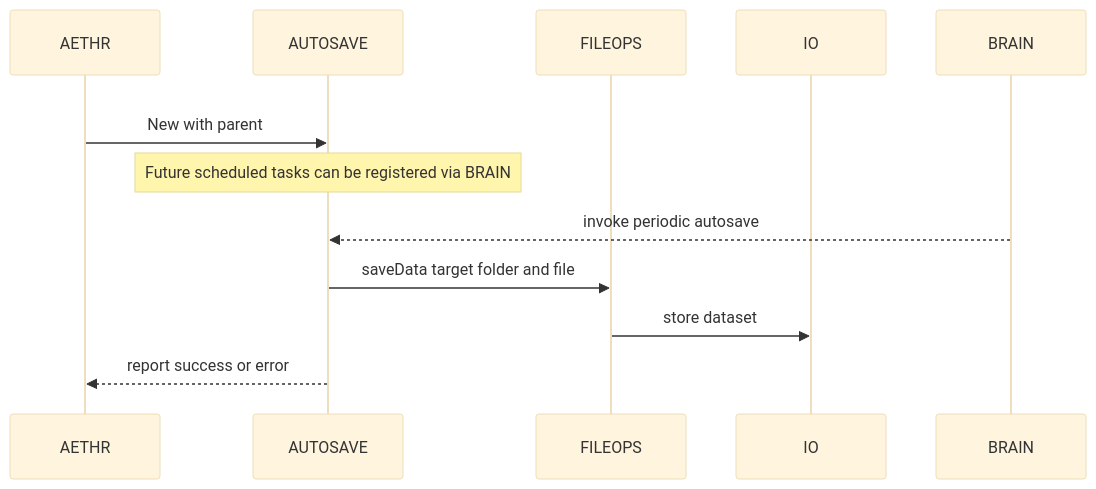
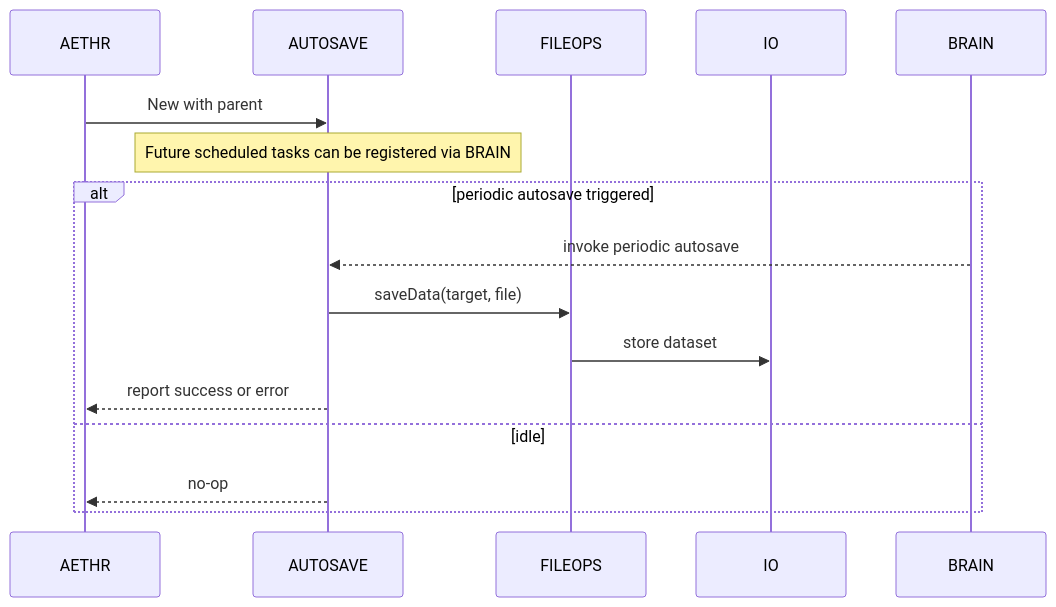
The second of 3 diagrams in docs/autosave/README.md (Gh0st352/AETHR), drawn with Mermaid before and after one commit. The commit also changed other lines of this file, not shown here.

Commit message:
docs(autosave, mermaid): normalize headings, adopt shared Mermaid theme, restructure diagrams and standardize classes

````diff
--- a/docs/autosave/README.md
+++ b/docs/autosave/README.md
@@ -51,17 +53,19 @@
 ```mermaid
-%%{init: {"theme":"base"}}%%
+%% shared theme: docs/_mermaid/theme.json %%
 sequenceDiagram
-  rect rgba(255,255,255,0.75)
-    participant A as AETHR
-    participant AU as AUTOSAVE
-    participant F as FILEOPS
-    participant IO as IO
-    participant BR as BRAIN
-    A->>AU: New with parent
-    note over AU: Future scheduled tasks can be registered via BRAIN
+  participant A as AETHR
+  participant AU as AUTOSAVE
+  participant F as FILEOPS
+  participant IO as IO
+  participant BR as BRAIN
+  A->>AU: New with parent
+  note over AU: Future scheduled tasks can be registered via BRAIN
+  alt periodic autosave triggered
     BR-->>AU: invoke periodic autosave
-    AU->>F: saveData target folder and file
+    AU->>F: saveData(target, file)
     F->>IO: store dataset
     AU-->>A: report success or error
+  else idle
+    AU-->>A: no-op
   end
 ```
````
